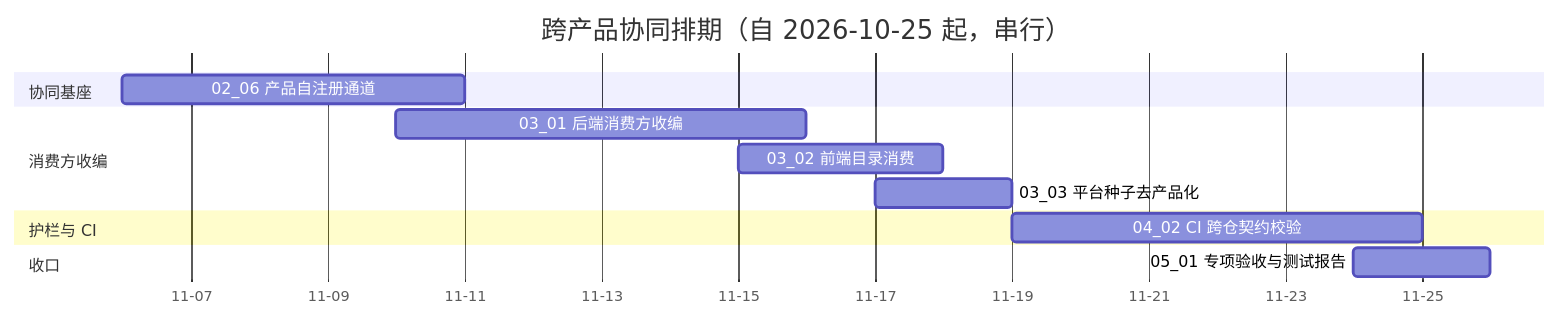
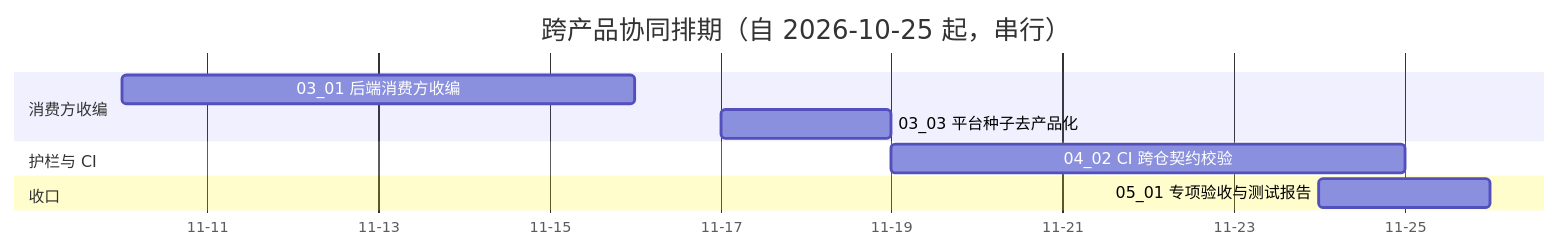
One commit to minjian123/basic-management-system changed the diagram in bms文档/项目/07B_跨产品协同/计划/01_计划_跨产品协同.md. Above: the diagram before and after it, drawn with Mermaid. The commit also changed other lines of this file and 3 other files, not shown here.

````diff
--- a/bms文档/项目/07B_跨产品协同/计划/01_计划_跨产品协同.md
+++ b/bms文档/项目/07B_跨产品协同/计划/01_计划_跨产品协同.md
@@ -40,16 +40,13 @@
 ```mermaid
 gantt
     title 跨产品协同排期（自 2026-10-25 起，串行）
     dateFormat  YYYY-MM-DD
     axisFormat %m-%d
-    section 协同基座
-    02_06 产品自注册通道 :a0206, 2026-11-06, 5d
     section 消费方收编
     03_01 后端消费方收编 :a0301, 2026-11-10, 6d
-    03_02 前端目录消费 :a0302, 2026-11-15, 3d
     03_03 平台种子去产品化 :a0303, 2026-11-17, 2d
     section 护栏与 CI
     04_02 CI 跨仓契约校验 :a0402, 2026-11-19, 6d
     section 收口
     05_01 专项验收与测试报告 :a0501, 2026-11-24, 2d
 ```
````
